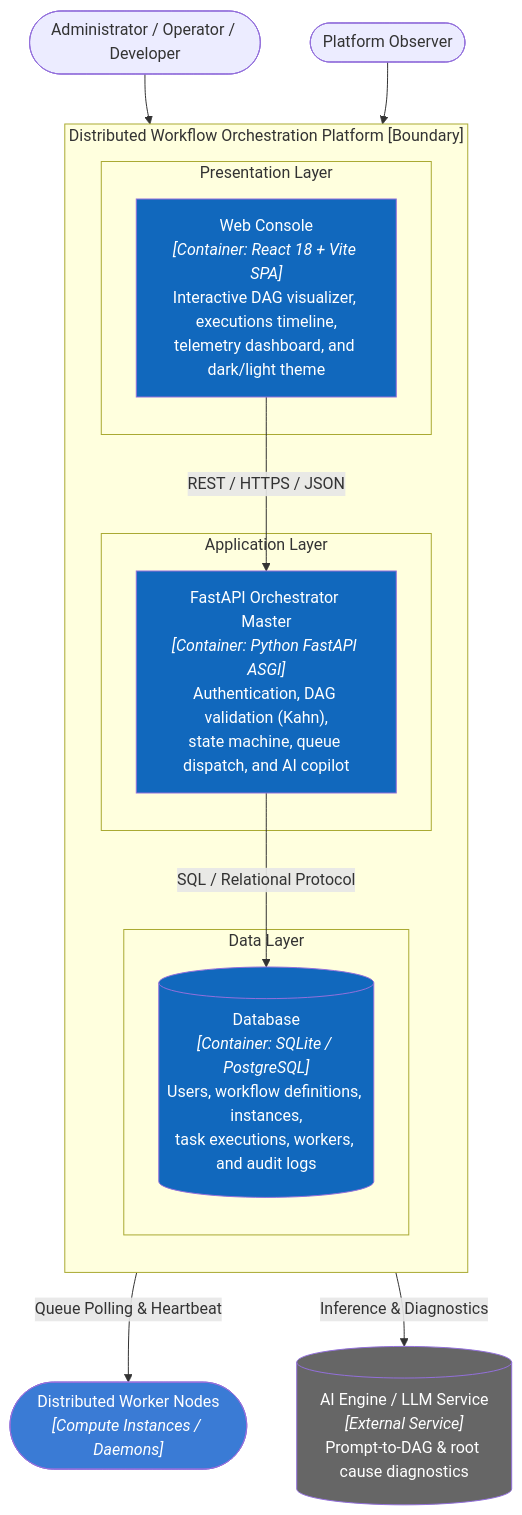
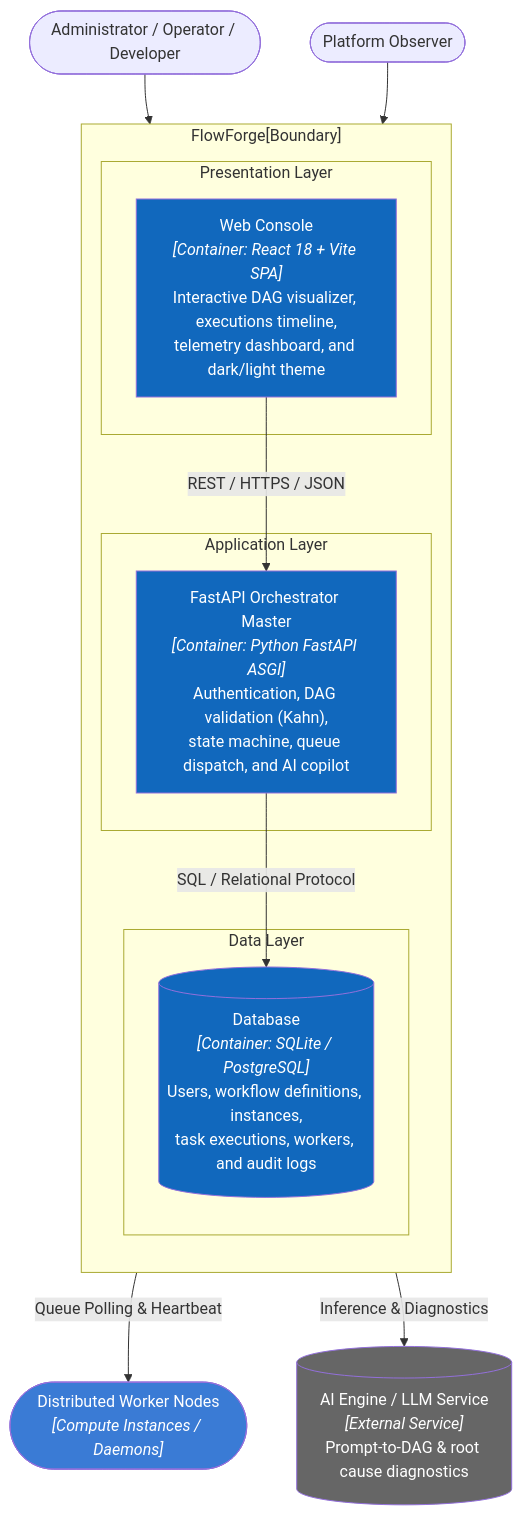
The diagram in docs/architecture/c4/02-container.md (AnCoder1310/FlowForge), drawn with Mermaid before and after one commit. The commit also changed other lines of this file and 44 other files, not shown here.

````diff
--- a/docs/architecture/c4/02-container.md
+++ b/docs/architecture/c4/02-container.md
@@ -5,34 +5,34 @@
 ```mermaid
 flowchart TB
     operator(["Administrator / Operator / Developer"])
     reader(["Platform Observer"])
     workers(["Distributed Worker Nodes<br/><i>[Compute Instances / Daemons]</i>"])
 
-    subgraph platform["Distributed Workflow Orchestration Platform [Boundary]"]
+    subgraph platform["FlowForge[Boundary]"]
         direction TB
         subgraph presentation["Presentation Layer"]
             web["Web Console<br/><i>[Container: React 18 + Vite SPA]</i><br/>Interactive DAG visualizer, executions timeline,<br/>telemetry dashboard, and dark/light theme"]
         end
         subgraph application["Application Layer"]
             backend["FastAPI Orchestrator Master<br/><i>[Container: Python FastAPI ASGI]</i><br/>Authentication, DAG validation (Kahn),<br/>state machine, queue dispatch, and AI copilot"]
         end
         subgraph data["Data Layer"]
             database[("Database<br/><i>[Container: SQLite / PostgreSQL]</i><br/>Users, workflow definitions, instances,<br/>task executions, workers, and audit logs")]
         end
     end
 
     llm[("AI Engine / LLM Service<br/><i>[External Service]</i><br/>Prompt-to-DAG & root cause diagnostics")]
 
     operator --> web
     reader --> web
     web -- "REST / HTTPS / JSON" --> backend
     backend -- "Queue Polling & Heartbeat" --> workers
     backend -- "Inference & Diagnostics" --> llm
     backend -- "SQL / Relational Protocol" --> database
 
     style web fill:#1168bd,color:#fff
     style backend fill:#1168bd,color:#fff
     style database fill:#1168bd,color:#fff
     style workers fill:#3a7bd5,color:#fff
     style llm fill:#666666,color:#fff
 ```
````
